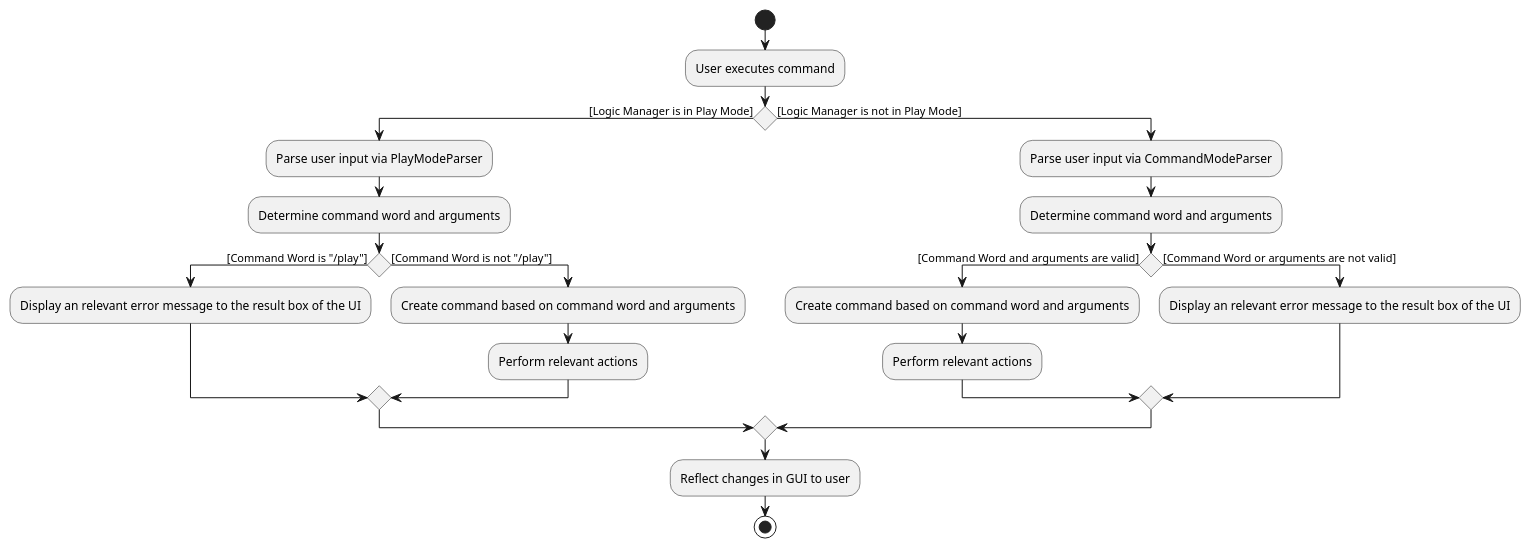
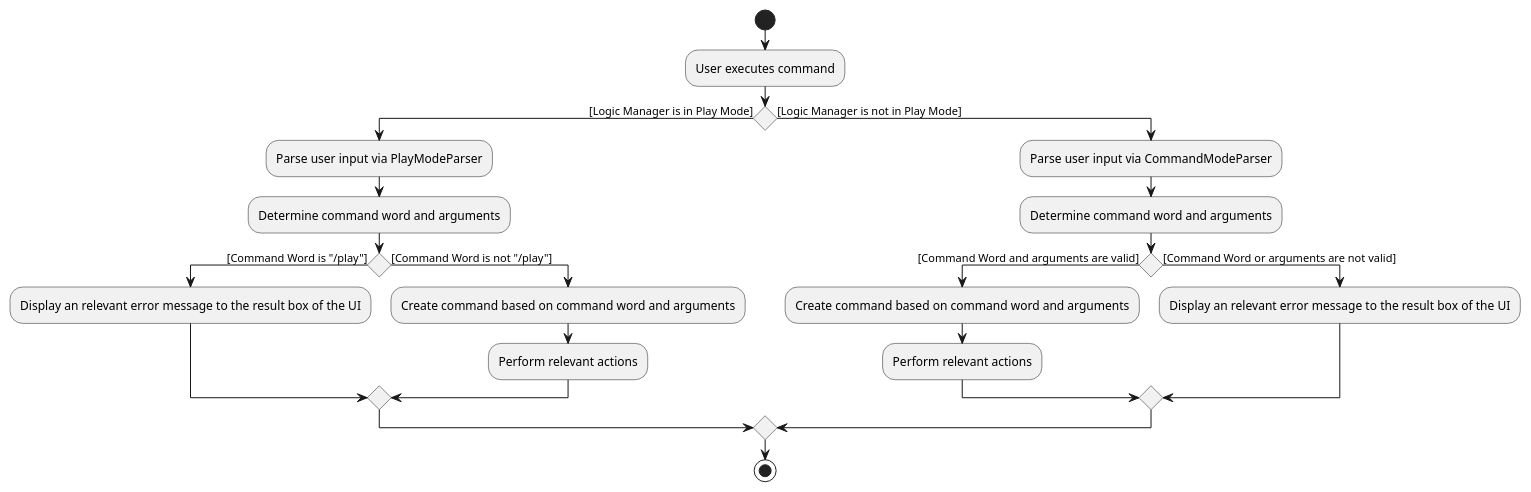
The diagram in docs/diagrams/GeneralizedCommandActivityDiagram.puml (vigneshbhuvan-nus/tp), drawn with PlantUML before and after one commit. The commit also changed 1 other file, not shown here.

Commit message:
Update Generalized diagram

```diff
--- a/docs/diagrams/GeneralizedCommandActivityDiagram.puml
+++ b/docs/diagrams/GeneralizedCommandActivityDiagram.puml
@@ -1,30 +1,29 @@
 @startuml
 
 start
 :User executes command;
 if() then ([Logic Manager is in Play Mode])
 :Parse user input via PlayModeParser;
 :Determine command word and arguments;
 if () then ([Command Word is "/play"])
 :Display an relevant error message to the result box of the UI;
 else ([Command Word is not "/play"])
 :Create command based on command word and arguments;
 :Perform relevant actions;
 endif
 
 else([Logic Manager is not in Play Mode])
 :Parse user input via CommandModeParser;
 :Determine command word and arguments;
 if() then ([Command Word and arguments are valid])
 :Create command based on command word and arguments;
 :Perform relevant actions;
 else ([Command Word or arguments are not valid])
 :Display an relevant error message to the result box of the UI;
 
 endif
 endif
 
-:Reflect changes in GUI to user;
 stop
 
 @enduml
```
